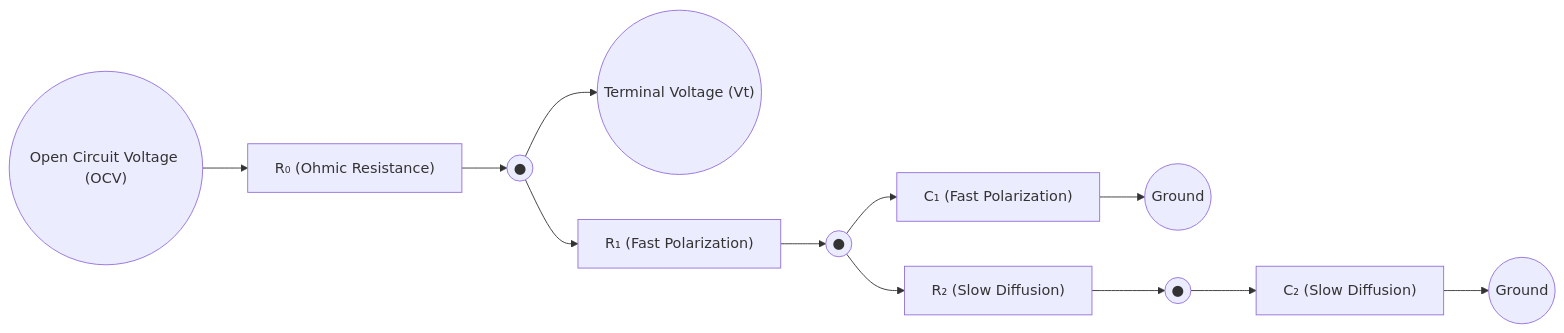
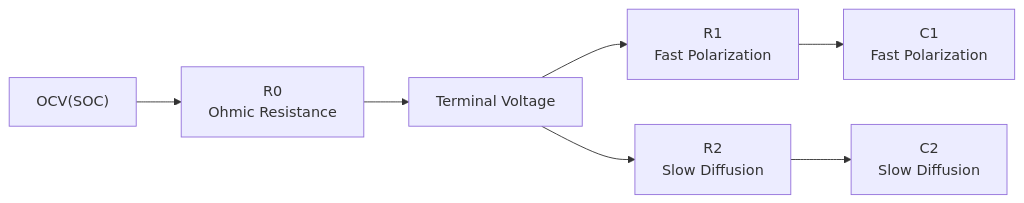
Before and after one commit to tanish-jain-225/Battery_State_Estimator_BE_Project_2026_2027: the second of 3 diagrams in README.md, drawn with Mermaid. The commit also changed other lines of this file, not shown here.

````diff
--- a/README.md
+++ b/README.md
@@ -225,21 +466,30 @@
 ```mermaid
 flowchart LR
-    OCV(("Open Circuit Voltage (OCV)"))
-    R0["R₀ (Ohmic Resistance)"]
-    N1((●))
-    VT(("Terminal Voltage (Vt)"))
 
-    R1["R₁ (Fast Polarization)"]
-    C1["C₁ (Fast Polarization)"]
+    OCV["OCV(SOC)"]
 
-    R2["R₂ (Slow Diffusion)"]
-    C2["C₂ (Slow Diffusion)"]
+    R0["R0
+    Ohmic Resistance"]
 
-    OCV --> R0 --> N1 --> VT
+    V["Terminal Voltage"]
 
-    N1 --> R1 --> N2((●))
-    N2 --> C1 --> G1((Ground))
+    R1["R1
+    Fast Polarization"]
 
-    N2 --> R2 --> N3((●))
-    N3 --> C2 --> G2((Ground))
+    C1["C1
+    Fast Polarization"]
+
+    R2["R2
+    Slow Diffusion"]
+
+    C2["C2
+    Slow Diffusion"]
+
+    OCV --> R0 --> V
+
+    V --> R1
+    R1 --> C1
+
+    V --> R2
+    R2 --> C2
 ```
````
